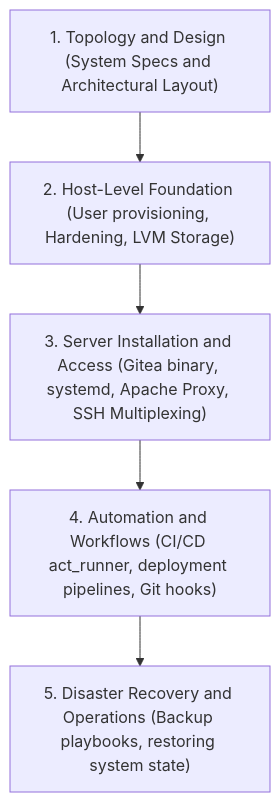
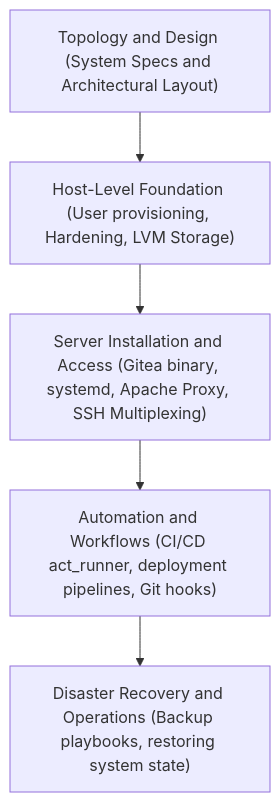
One commit to kmashour/BrainDump changed the first of 4 diagrams in Reference Notes/06_gitea_installation_and_workflows.md. Above: the diagram before and after it, drawn with Mermaid. The commit also changed 15 other files, not shown here.

Commit message:
docs: remove leading numbers from mermaid node labels to avoid list parsing errors

````diff
--- a/Reference Notes/06_gitea_installation_and_workflows.md
+++ b/Reference Notes/06_gitea_installation_and_workflows.md
@@ -11,7 +11,7 @@
 ```mermaid
 graph TD
-    A["1. Topology and Design (System Specs and Architectural Layout)"] --> B["2. Host-Level Foundation (User provisioning, Hardening, LVM Storage)"]
-    B --> C["3. Server Installation and Access (Gitea binary, systemd, Apache Proxy, SSH Multiplexing)"]
-    C --> D["4. Automation and Workflows (CI/CD act_runner, deployment pipelines, Git hooks)"]
-    D --> E["5. Disaster Recovery and Operations (Backup playbooks, restoring system state)"]
+    A["Topology and Design (System Specs and Architectural Layout)"] --> B["Host-Level Foundation (User provisioning, Hardening, LVM Storage)"]
+    B --> C["Server Installation and Access (Gitea binary, systemd, Apache Proxy, SSH Multiplexing)"]
+    C --> D["Automation and Workflows (CI/CD act_runner, deployment pipelines, Git hooks)"]
+    D --> E["Disaster Recovery and Operations (Backup playbooks, restoring system state)"]
 ```
````
